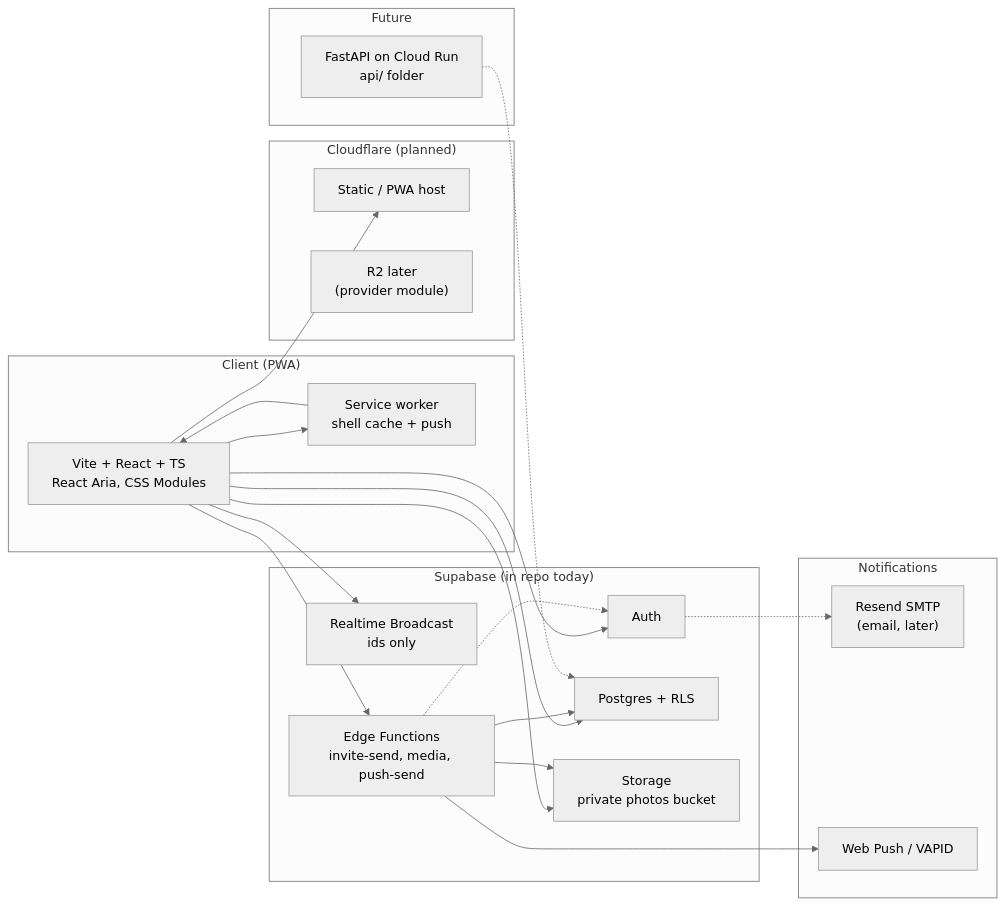
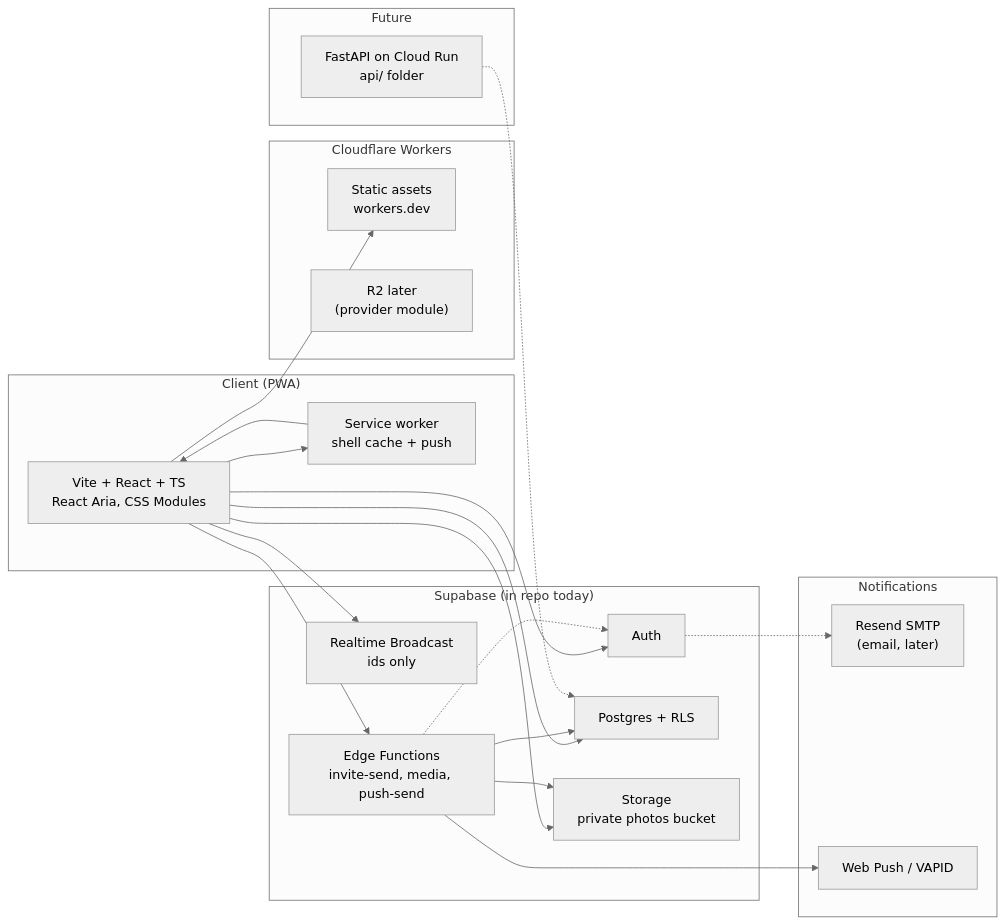
The first of 5 diagrams in docs/architecture.md (naftalib/stay_in_touch), drawn with Mermaid (neutral theme) before and after one commit. The commit also changed other lines of this file and 62 other files, not shown here.

````diff
--- a/docs/architecture.md
+++ b/docs/architecture.md
@@ -7,39 +7,39 @@
 ```mermaid
 flowchart LR
   subgraph client["Client (PWA)"]
     Web["Vite + React + TS<br/>React Aria, CSS Modules"]
     SW["Service worker<br/>shell cache + push"]
   end
-  subgraph cf["Cloudflare (planned)"]
-    Pages["Static / PWA host"]
+  subgraph cf["Cloudflare Workers"]
+    Workers["Static assets<br/>workers.dev"]
     R2["R2 later<br/>(provider module)"]
   end
   subgraph supa["Supabase (in repo today)"]
     Auth["Auth"]
     PG["Postgres + RLS"]
     ST["Storage<br/>private photos bucket"]
     RT["Realtime Broadcast<br/>ids only"]
     EF["Edge Functions<br/>invite-send, media, push-send"]
   end
   subgraph notify["Notifications"]
     Resend["Resend SMTP<br/>(email, later)"]
     Push["Web Push / VAPID"]
   end
   subgraph future["Future"]
     API["FastAPI on Cloud Run<br/>api/ folder"]
   end
-  Web --> Pages
+  Web --> Workers
   Web --> Auth
   Web --> PG
   Web --> ST
   Web --> RT
   Web --> EF
   EF --> ST
   EF --> PG
   EF -.-> Auth
   Auth -.-> Resend
   Web --> SW
   EF --> Push
   SW --> Web
   API -.-> PG
 ```
````
